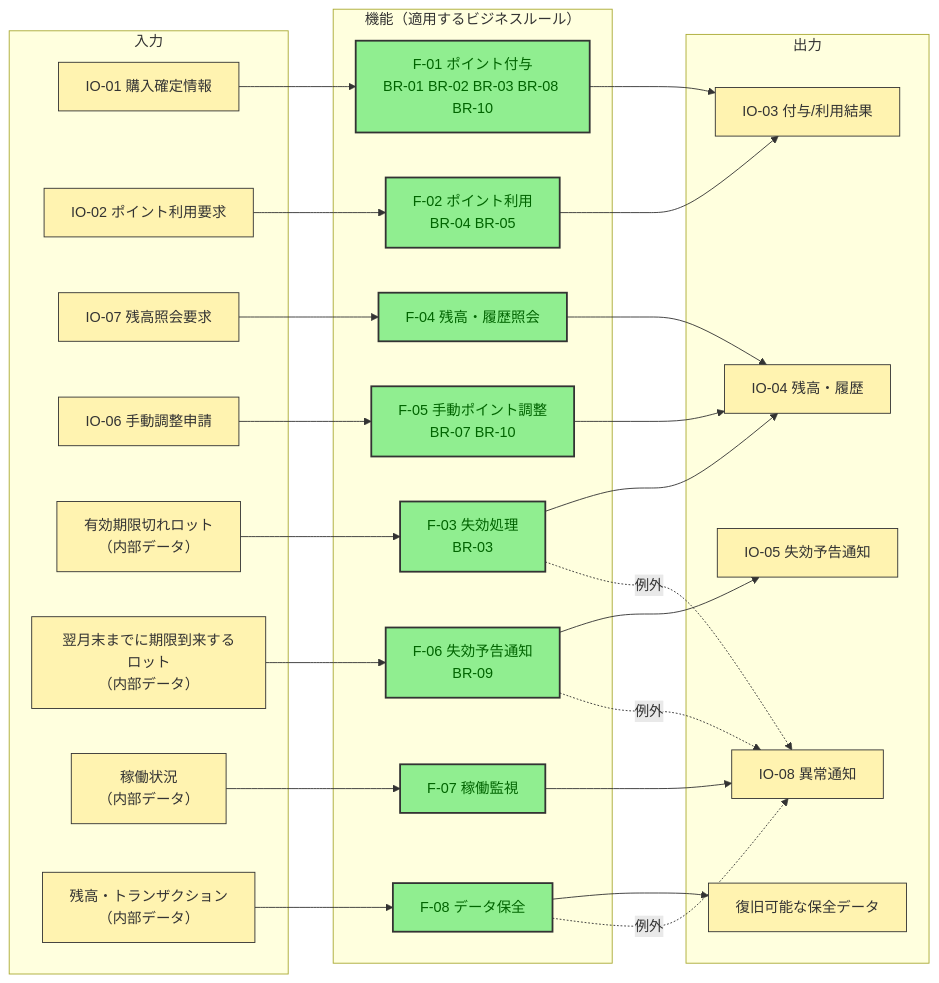
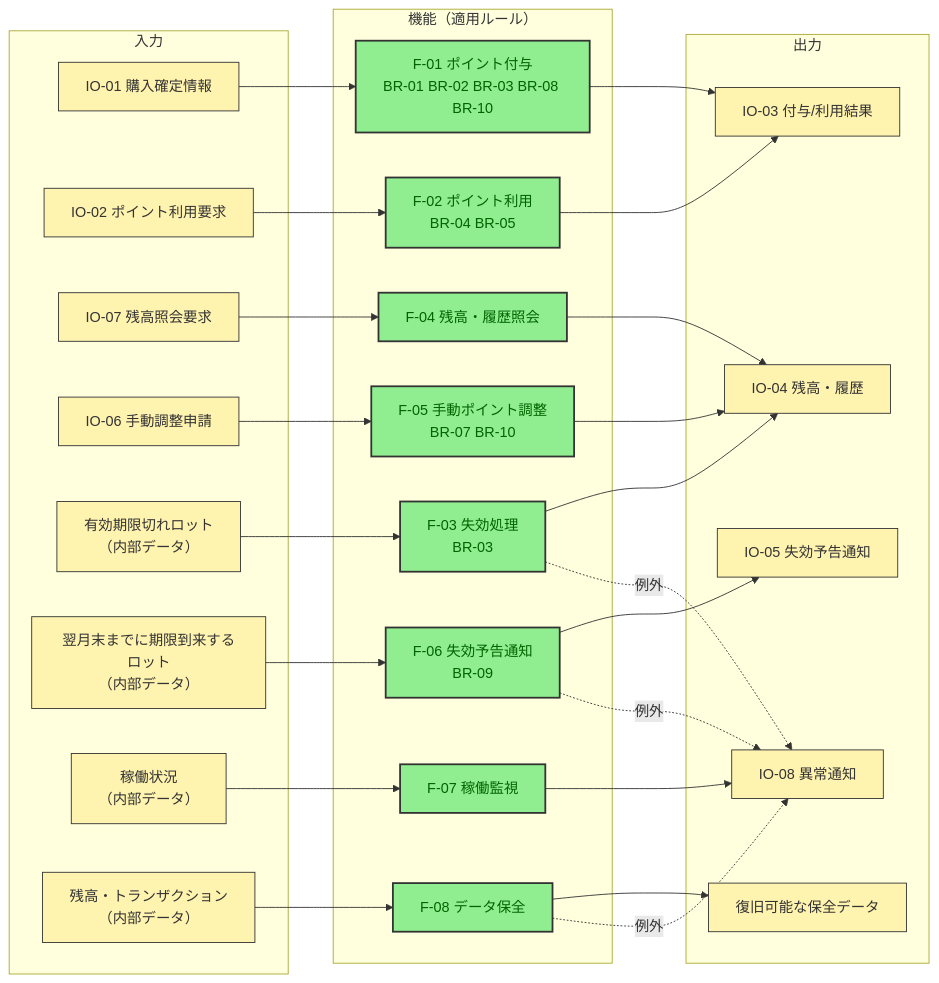
One commit to kasiopeiya/claude-dev-template changed the fourth of 9 diagrams in .claude/skills/elicit-requirements/sample-requirements.md. Above: the diagram before and after it, drawn with Mermaid. The commit also changed other lines of this file and 1 other file, not shown here.

Commit message:
docs: 受入基準の検証対象と各表の列名をポリシーで定義する (#222)
参照してよい値と列名が未定義で、レビューの合否が人によって割れていたため。業務は階層で識別するので ID を振らず業務名で参照する。

````diff
--- a/.claude/skills/elicit-requirements/sample-requirements.md
+++ b/.claude/skills/elicit-requirements/sample-requirements.md
@@ -266,50 +266,50 @@
 ```mermaid
 flowchart LR
     subgraph IN["入力"]
         io1["IO-01 購入確定情報"]
         io2["IO-02 ポイント利用要求"]
         io7["IO-07 残高照会要求"]
         io6["IO-06 手動調整申請"]
         d1["有効期限切れロット<br/>（内部データ）"]
         d2["翌月末までに期限到来するロット<br/>（内部データ）"]
         d3["稼働状況<br/>（内部データ）"]
         d4["残高・トランザクション<br/>（内部データ）"]
     end
 
-    subgraph FUNC["機能（適用するビジネスルール）"]
+    subgraph FUNC["機能（適用ルール）"]
         f1["F-01 ポイント付与<br/>BR-01 BR-02 BR-03 BR-08 BR-10"]
         f2["F-02 ポイント利用<br/>BR-04 BR-05"]
         f4["F-04 残高・履歴照会"]
         f5["F-05 手動ポイント調整<br/>BR-07 BR-10"]
         f3["F-03 失効処理<br/>BR-03"]
         f6["F-06 失効予告通知<br/>BR-09"]
         f7["F-07 稼働監視"]
         f8["F-08 データ保全"]
     end
 
     subgraph OUT["出力"]
         io3["IO-03 付与/利用結果"]
         io4["IO-04 残高・履歴"]
         io5["IO-05 失効予告通知"]
         io8["IO-08 異常通知"]
         bk["復旧可能な保全データ"]
     end
 
     io1 --> f1 --> io3
     io2 --> f2 --> io3
     io7 --> f4 --> io4
     io6 --> f5 --> io4
     d1 --> f3 --> io4
     d2 --> f6 --> io5
     d3 --> f7 --> io8
     d4 --> f8 --> bk
 
     f3 -.->|例外| io8
     f6 -.->|例外| io8
     f8 -.->|例外| io8
 
     classDef io fill:#FFF3B0,stroke:#333,stroke-width:1px,color:#333
     classDef func fill:#90EE90,stroke:#333,stroke-width:2px,color:darkgreen
     class io1,io2,io6,io7,d1,d2,d3,d4,io3,io4,io5,io8,bk io
     class f1,f2,f3,f4,f5,f6,f7,f8 func
 ```
````
